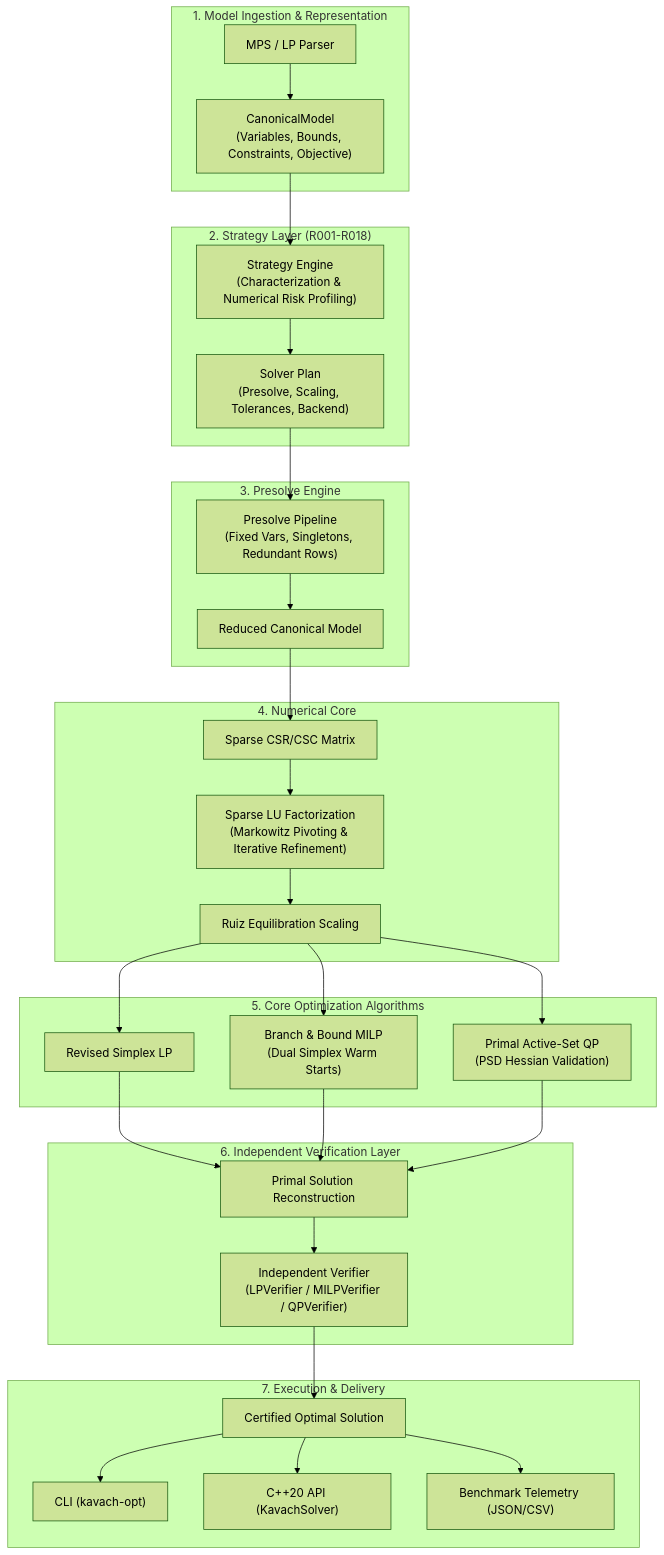
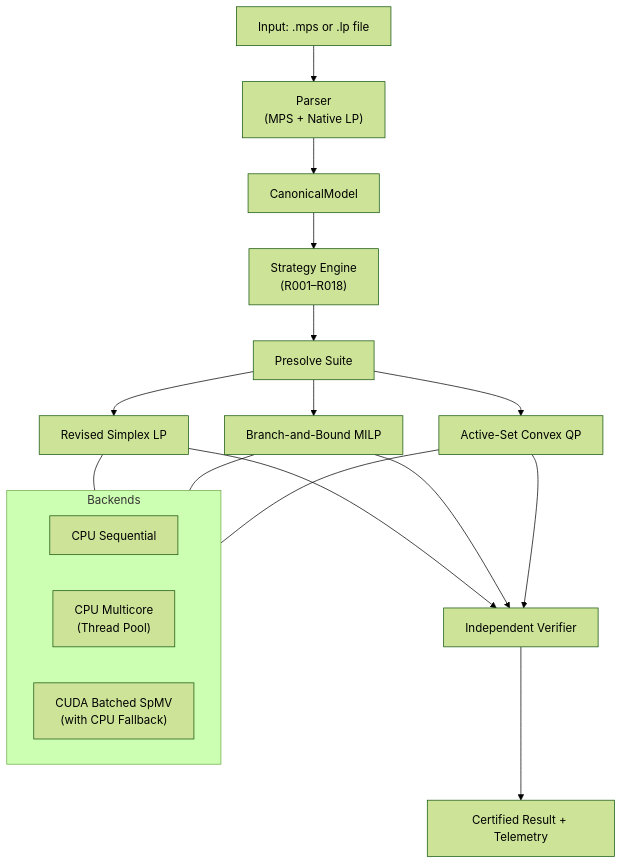
The first of 2 diagrams in README.md (madhavansingh/Kavach-opt), drawn with Mermaid (forest theme) before and after one commit. The commit also changed other lines of this file and 4 other files, not shown here.

Commit message:
Formalize sovereign optimization architecture mathematics benchmarking

````diff
--- a/README.md
+++ b/README.md
@@ -44,42 +87,24 @@
 ```mermaid
 flowchart TD
-    subgraph Ingestion["1. Model Ingestion & Representation"]
-        MPS["MPS / LP Parser"] --> Model["CanonicalModel\n(Variables, Bounds, Constraints, Objective)"]
+    A["Input: .mps or .lp file"] --> B["Parser\n(MPS + Native LP)"]
+    B --> C["CanonicalModel"]
+    C --> D["Strategy Engine\n(R001–R018)"]
+    D --> E["Presolve Suite"]
+    E --> F1["Revised Simplex LP"]
+    E --> F2["Branch-and-Bound MILP"]
+    E --> F3["Active-Set Convex QP"]
+    F1 --> G["Independent Verifier"]
+    F2 --> G
+    F3 --> G
+    G --> H["Certified Result + Telemetry"]
+
+    subgraph Backends
+        I["CPU Sequential"]
+        J["CPU Multicore\n(Thread Pool)"]
+        K["CUDA Batched SpMV\n(with CPU Fallback)"]
     end
 
-    subgraph Intelligence["2. Strategy Layer (R001-R018)"]
-        Model --> Strat["Strategy Engine\n(Characterization & Numerical Risk Profiling)"]
-        Strat --> Plan["Solver Plan\n(Presolve, Scaling, Tolerances, Backend)"]
-    end
-
-    subgraph Presolve["3. Presolve Engine"]
-        Plan --> PE["Presolve Pipeline\n(Fixed Vars, Singletons, Redundant Rows)"]
-        PE --> Reduced["Reduced Canonical Model"]
-    end
-
-    subgraph Numerics["4. Numerical Core"]
-        Reduced --> Sparse["Sparse CSR/CSC Matrix"]
-        Sparse --> LU["Sparse LU Factorization\n(Markowitz Pivoting & Iterative Refinement)"]
-        LU --> Scale["Ruiz Equilibration Scaling"]
-    end
-
-    subgraph Algorithms["5. Core Optimization Algorithms"]
-        Scale --> LP["Revised Simplex LP"]
-        Scale --> MILP["Branch & Bound MILP\n(Dual Simplex Warm Starts)"]
-        Scale --> QP["Primal Active-Set QP\n(PSD Hessian Validation)"]
-    end
-
-    subgraph Verification["6. Independent Verification Layer"]
-        LP --> Recon["Primal Solution Reconstruction"]
-        MILP --> Recon
-        QP --> Recon
-        Recon --> Verifier["Independent Verifier\n(LPVerifier / MILPVerifier / QPVerifier)"]
-    end
-
-    subgraph Execution["7. Execution & Delivery"]
-        Verifier --> Result["Certified Optimal Solution"]
-        Result --> CLI["CLI (kavach-opt)"]
-        Result --> API["C++20 API (KavachSolver)"]
-        Result --> Bench["Benchmark Telemetry (JSON/CSV)"]
-    end
+    F1 --- Backends
+    F2 --- Backends
+    F3 --- Backends
 ```
````
